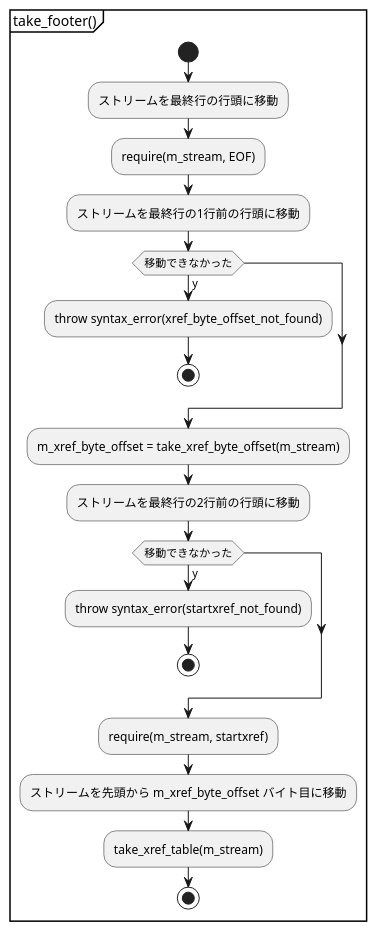
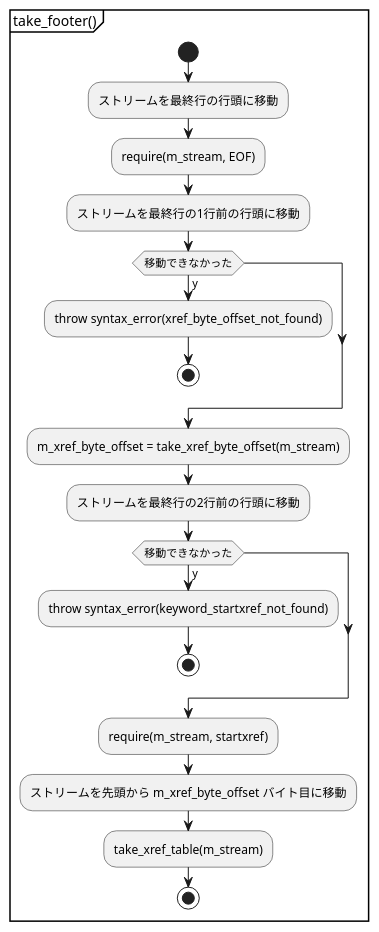
Before and after one commit to KodaiYM/PDFReader: the second of 9 diagrams in document/parser.activity.pu, drawn with PlantUML. The commit also changed other lines of this file and 14 other files, not shown here.

```diff
--- a/document/parser.activity.pu
+++ b/document/parser.activity.pu
@@ -10,23 +10,23 @@
 @startuml take_footer
 partition "take_footer()" {
 start
 	:ストリームを最終行の行頭に移動;
 	:require(m_stream, EOF);
 	:ストリームを最終行の1行前の行頭に移動;
 	if (移動できなかった) then (y)
 		:throw syntax_error(xref_byte_offset_not_found);
 		stop
 	endif
 	:m_xref_byte_offset = take_xref_byte_offset(m_stream);
 	:ストリームを最終行の2行前の行頭に移動;
 	if (移動できなかった) then (y)
-		:throw syntax_error(startxref_not_found);
+		:throw syntax_error(keyword_startxref_not_found);
 		stop
 	endif
 	:require(m_stream, startxref);
 
 	:ストリームを先頭から m_xref_byte_offset バイト目に移動;
 	:take_xref_table(m_stream);
 stop
 }
 @enduml
```
